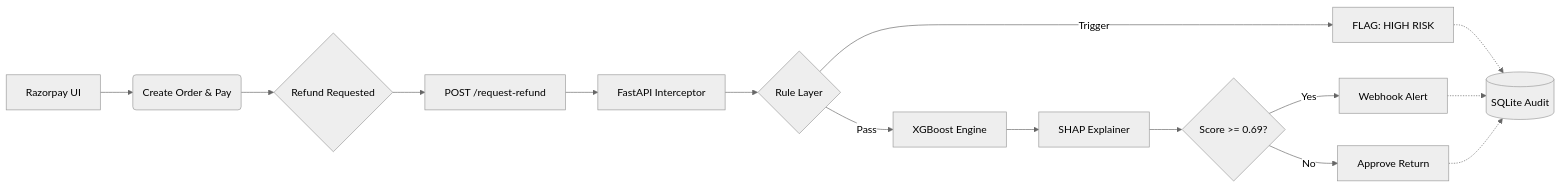
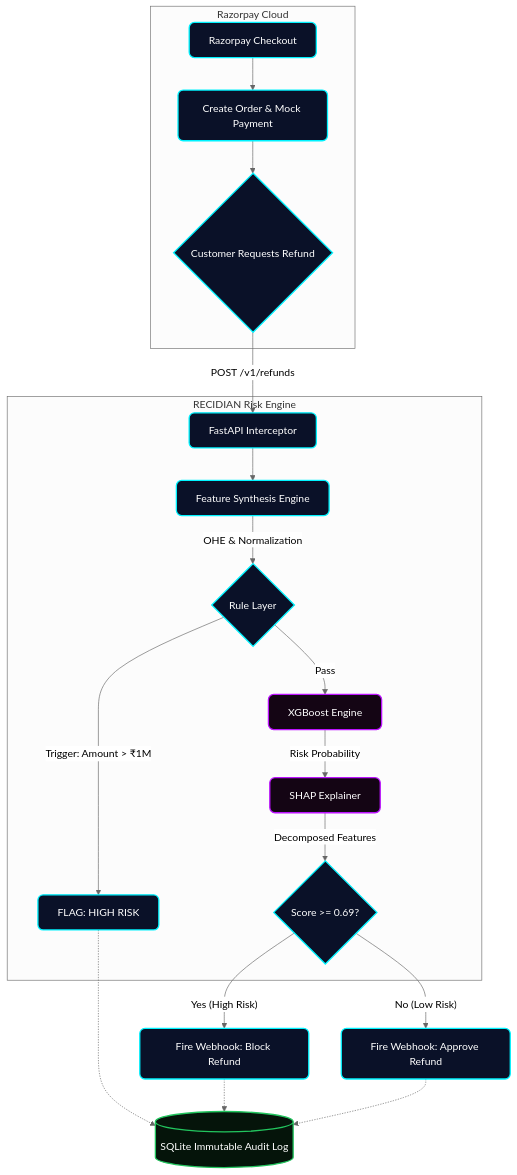
The diagram in README.md (dsouzkie/Recidian), drawn with Mermaid (neutral theme) before and after one commit. The commit also changed other lines of this file and 7 other files, not shown here.

````diff
--- a/README.md
+++ b/README.md
@@ -44,20 +44,34 @@
 ```mermaid
-graph LR
-    A[Razorpay UI] --> B(Create Order & Pay)
-    B --> C{Refund Requested}
-    C --> D[POST /request-refund]
-    D --> E[FastAPI Interceptor]
+graph TD
+    subgraph Razorpay Cloud
+        A[Razorpay Checkout] --> B(Create Order & Mock Payment)
+        B --> C{Customer Requests Refund}
+    end
+
+    C -- "POST /v1/refunds" --> D[FastAPI Interceptor]
+
+    subgraph RECIDIAN Risk Engine
+        D --> E[Feature Synthesis Engine]
+        E -- "OHE & Normalization" --> F{Rule Layer}
+        
+        F -- "Trigger: Amount > ₹1M" --> G[FLAG: HIGH RISK]
+        F -- "Pass" --> H[XGBoost Engine]
+        
+        H -- "Risk Probability" --> I[SHAP Explainer]
+        I -- "Decomposed Features" --> J{Score >= 0.69?}
+    end
+
+    J -- "Yes (High Risk)" --> K[Fire Webhook: Block Refund]
+    J -- "No (Low Risk)" --> L[Fire Webhook: Approve Refund]
     
-    E --> F{Rule Layer}
-    F -->|Trigger| G[FLAG: HIGH RISK]
-    F -->|Pass| H[XGBoost Engine]
-    
-    H --> I[SHAP Explainer]
-    I --> J{Score >= 0.69?}
-    J -->|Yes| K[Webhook Alert]
-    J -->|No| L[Approve Return]
-    
-    G -.-> M[(SQLite Audit)]
+    G -.-> M[(SQLite Immutable Audit Log)]
     K -.-> M
     L -.-> M
+
+    classDef default fill:#0a1128,stroke:#00f3ff,stroke-width:2px,color:#fff,rx:8,ry:8;
+    classDef ml fill:#140514,stroke:#bc13fe,stroke-width:2px,color:#fff,rx:8,ry:8;
+    classDef db fill:#05140a,stroke:#22c55e,stroke-width:2px,color:#fff,rx:8,ry:8;
+    
+    class H,I ml;
+    class M db;
 ```
````
